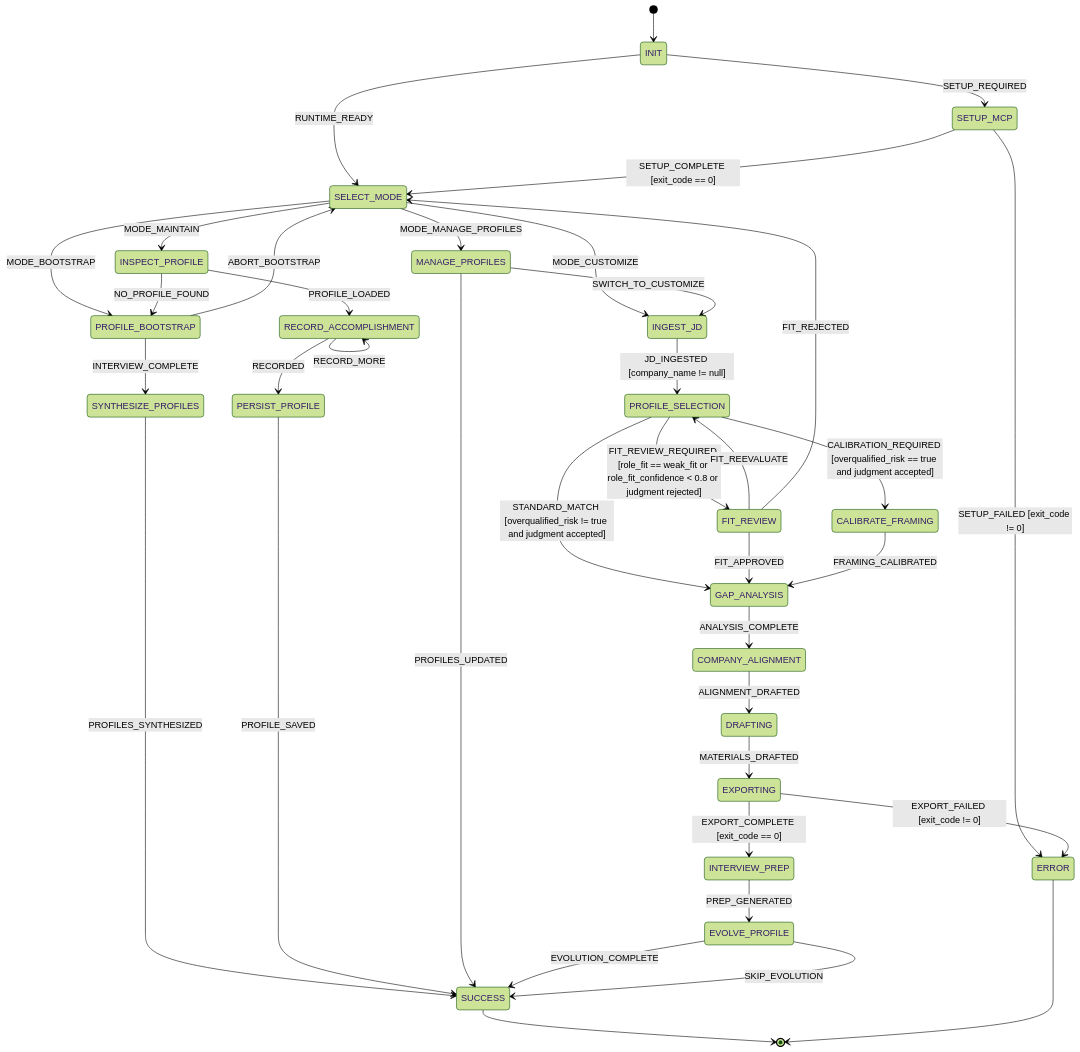
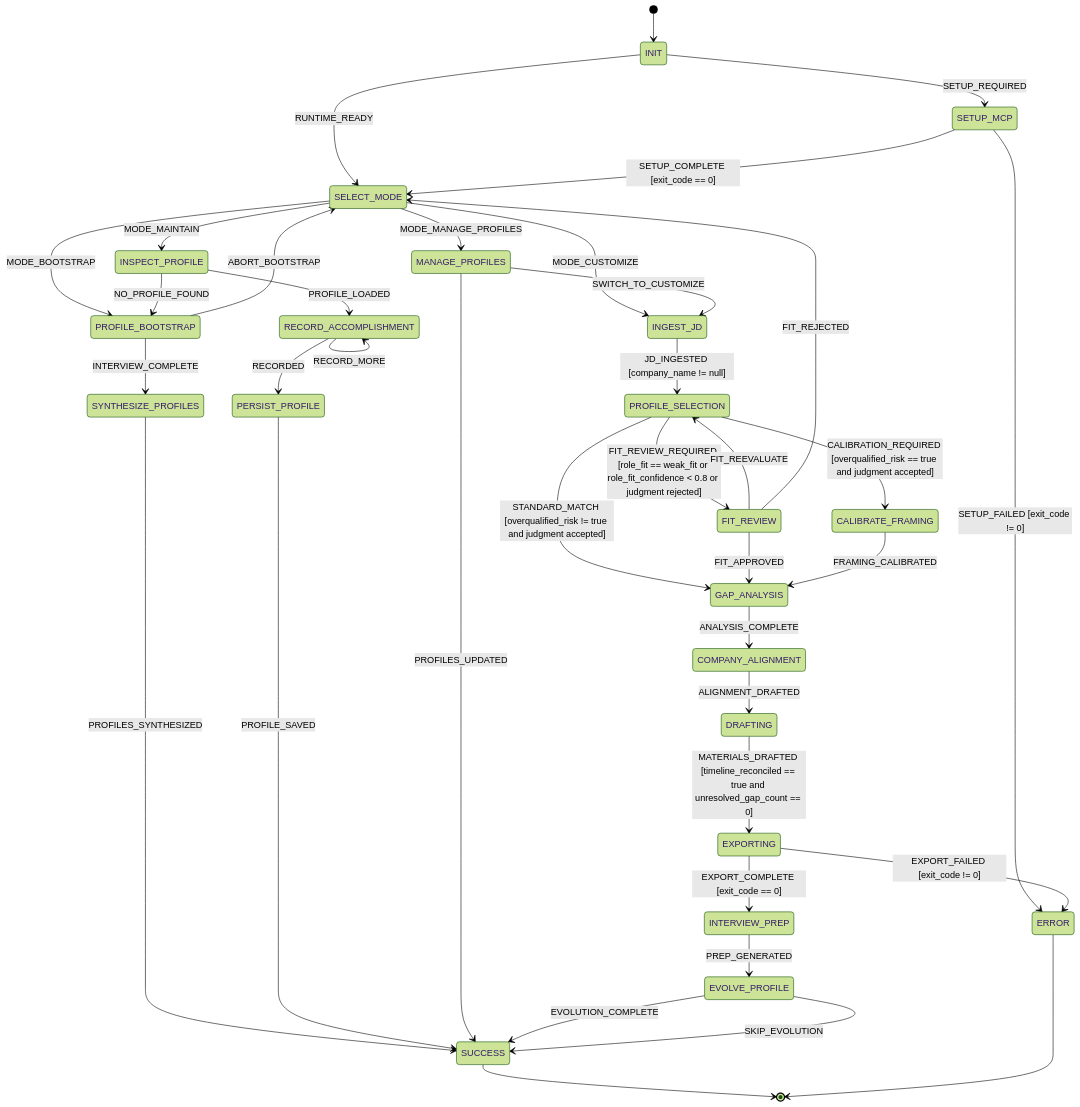
The diagram in resume-manager/STATECHART.md (Reactive-Skills/skills), drawn with Mermaid (forest theme) before and after one commit. The commit also changed 3 other files, not shown here.

Commit message:
feat(resume-manager): enhance timeline reconciliation and export conditions for drafting state

```diff
--- a/resume-manager/STATECHART.md
+++ b/resume-manager/STATECHART.md
@@ -67,7 +67,7 @@
     COMPANY_ALIGNMENT --> DRAFTING: ALIGNMENT_DRAFTED
 
     state "DRAFTING" as DRAFTING
-    DRAFTING --> EXPORTING: MATERIALS_DRAFTED
+    DRAFTING --> EXPORTING: MATERIALS_DRAFTED [timeline_reconciled == true and unresolved_gap_count == 0]
 
     state "EXPORTING" as EXPORTING
     EXPORTING --> INTERVIEW_PREP: EXPORT_COMPLETE [exit_code == 0]
```
